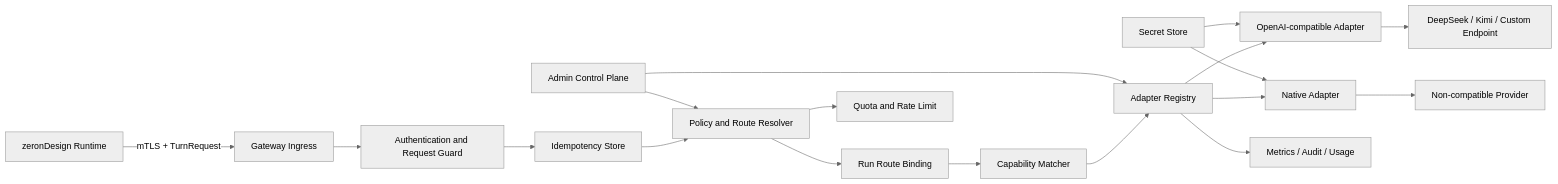
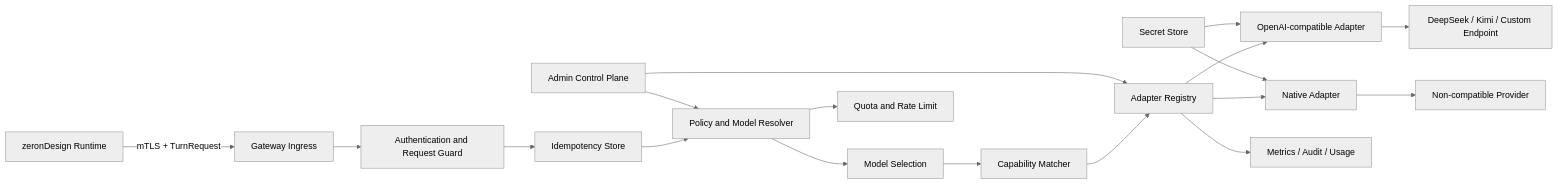
Before and after one commit to Carlosfengv/zeronDesign: the diagram in 2026-07-16-provider-gateway-implementation-plan.md, drawn with Mermaid (neutral theme). The commit also changed other lines of this file and 1 other file, not shown here.

Commit message:
docs(provider-gateway): document dynamic model resource selection

````diff
--- a/2026-07-16-provider-gateway-implementation-plan.md
+++ b/2026-07-16-provider-gateway-implementation-plan.md
@@ -136,20 +136,20 @@
 ```mermaid
 flowchart LR
     R["zeronDesign Runtime"] -->|"mTLS + TurnRequest"| I["Gateway Ingress"]
     I --> A["Authentication and Request Guard"]
     A --> D["Idempotency Store"]
-    D --> P["Policy and Route Resolver"]
-    P --> B["Run Route Binding"]
+    D --> P["Policy and Model Resolver"]
+    P --> B["Model Selection"]
     B --> C["Capability Matcher"]
     C --> X["Adapter Registry"]
     X --> O["OpenAI-compatible Adapter"]
     X --> N["Native Adapter"]
     O --> DS["DeepSeek / Kimi / Custom Endpoint"]
     N --> NP["Non-compatible Provider"]
     P --> Q["Quota and Rate Limit"]
     X --> M["Metrics / Audit / Usage"]
     S["Secret Store"] --> O
     S --> N
     G["Admin Control Plane"] --> P
     G --> X
 ```
````
